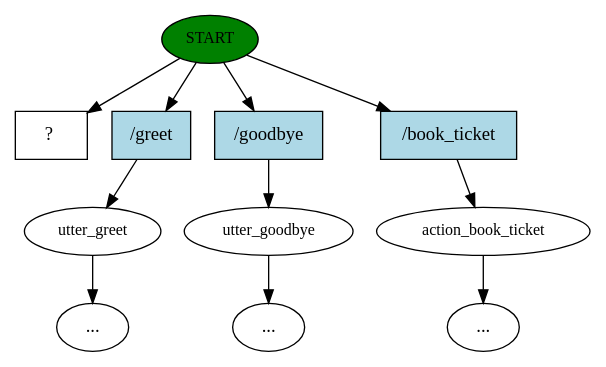
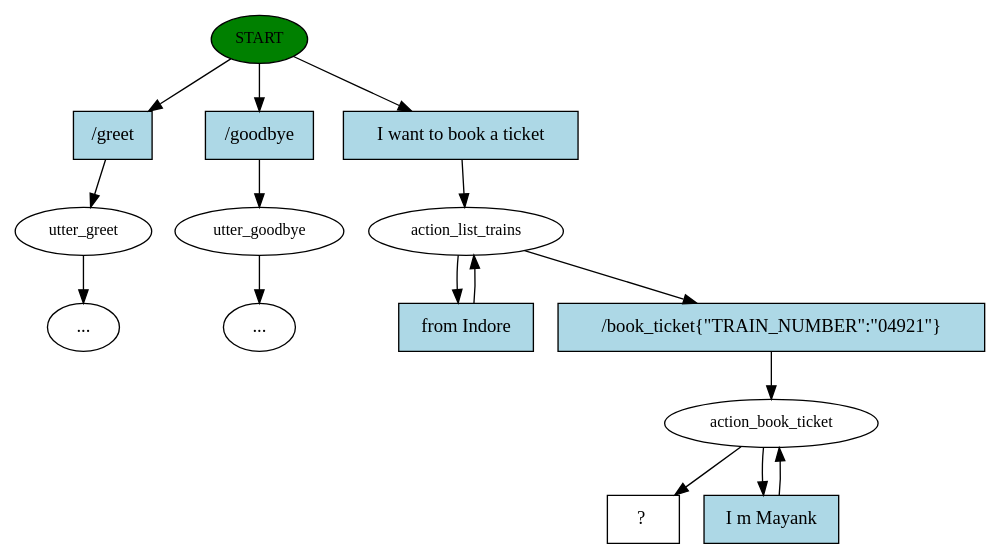
Before and after one commit to mayank31313/Railway-Bot: the diagram in story_graph.dot, drawn with Graphviz. The commit also changed 19 other files, not shown here.

```diff
--- a/story_graph.dot
+++ b/story_graph.dot
@@ -1,23 +1,31 @@
 digraph  {
 0 [class="start active", fillcolor=green, fontsize=12, label=START, style=filled];
 1 [class="", fontsize=12, label=utter_greet];
+3 [class="", fontsize=12, label=utter_goodbye];
 "-5" [class=ellipsis, label="..."];
-4 [class="", fontsize=12, label=utter_goodbye];
 "-6" [class=ellipsis, label="..."];
-5 [class="", fontsize=12, label=action_book_ticket];
-"-7" [class=ellipsis, label="..."];
-6 [class="intent dashed active", label="  ?  ", shape=rect];
-7 [class=intent, fillcolor=lightblue, label="/greet", shape=rect, style=filled];
-8 [class=intent, fillcolor=lightblue, label="/goodbye", shape=rect, style=filled];
-9 [class=intent, fillcolor=lightblue, label="/book_ticket", shape=rect, style=filled];
-0 -> 6  [class=active, key=NONE, label=""];
-0 -> 7  [class="", key=0];
-0 -> 8  [class="", key=0];
-0 -> 9  [class="", key=0];
-1 -> "-5"  [class="", key=NONE, label=""];
-4 -> "-6"  [class="", key=NONE, label=""];
-5 -> "-7"  [class="", key=NONE, label=""];
-7 -> 1  [class="", key=0];
-8 -> 4  [class="", key=0];
-9 -> 5  [class="", key=0];
+5 [class=active, fontsize=12, label=action_list_trains];
+8 [class=active, fontsize=12, label=action_book_ticket];
+10 [class="intent dashed active", label="  ?  ", shape=rect];
+11 [class=intent, fillcolor=lightblue, label="/greet", shape=rect, style=filled];
+12 [class=intent, fillcolor=lightblue, label="/goodbye", shape=rect, style=filled];
+13 [class="intent active", fillcolor=lightblue, label="I\ want\ to\ book\ a\ ticket", shape=rect, style=filled];
+14 [class="intent active", fillcolor=lightblue, label="from\ Indore", shape=rect, style=filled];
+15 [class="intent active", fillcolor=lightblue, label="/book_ticket\{\"TRAIN_NUMBER\":\"04921\"\}", shape=rect, style=filled];
+16 [class="intent active", fillcolor=lightblue, label="I\ m\ Mayank", shape=rect, style=filled];
+0 -> 11  [class="", key=0];
+0 -> 12  [class="", key=0];
+0 -> 13  [class=active, key=0];
+1 -> "-6"  [class="", key=NONE, label=""];
+3 -> "-5"  [class="", key=NONE, label=""];
+5 -> 14  [class=active, key=0];
+5 -> 15  [class=active, key=0];
+8 -> 10  [class=active, key=NONE, label=""];
+8 -> 16  [class=active, key=0];
+11 -> 1  [class="", key=0];
+12 -> 3  [class="", key=0];
+13 -> 5  [class=active, key=0];
+14 -> 5  [class=active, key=0];
+15 -> 8  [class=active, key=0];
+16 -> 8  [class=active, key=0];
 }
```
